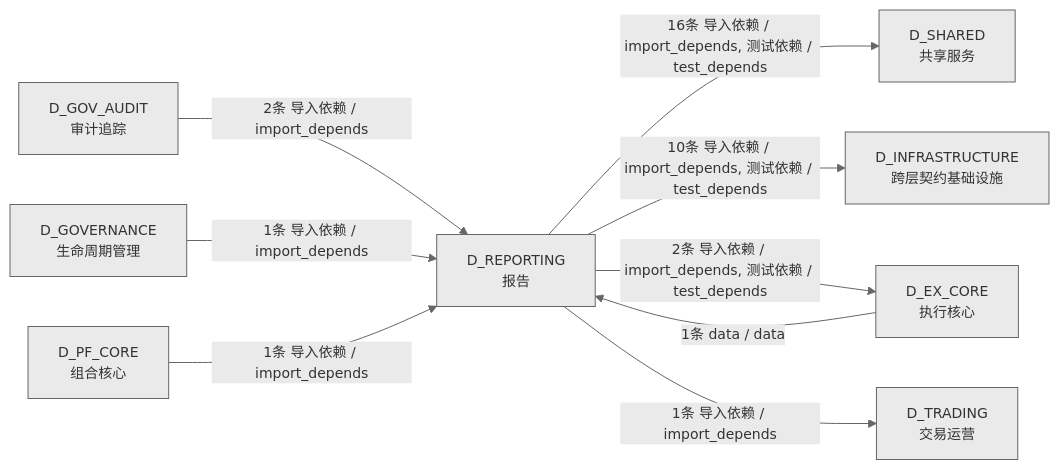
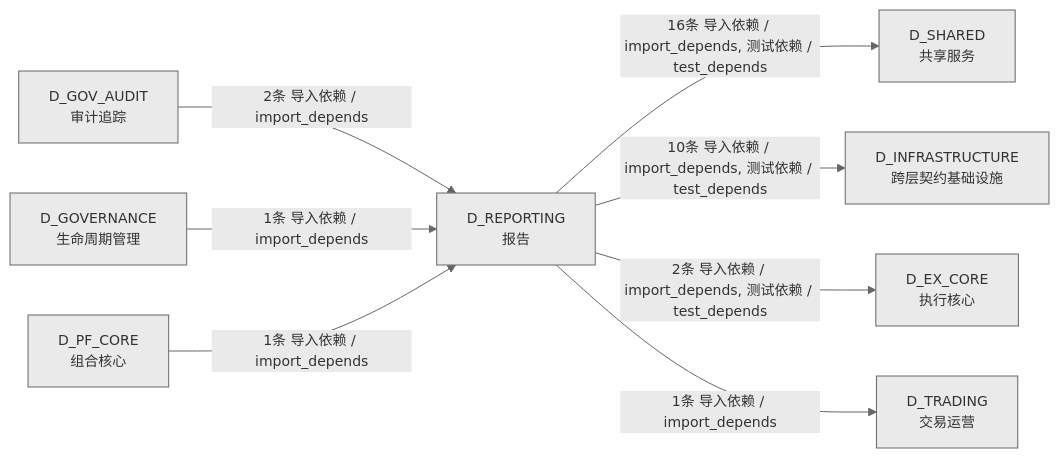
One commit to xuanFelixVan/ZephyrAlpha changed the fourth of 4 diagrams in docs/02_enterprise_architecture/02_domain_architecture_docs/26_d_reporting.md. Above: the diagram before and after it, drawn with Mermaid. The commit also changed other lines of this file and 9 other files, not shown here.

````diff
--- a/docs/02_enterprise_architecture/02_domain_architecture_docs/26_d_reporting.md
+++ b/docs/02_enterprise_architecture/02_domain_architecture_docs/26_d_reporting.md
@@ -276,20 +272,19 @@
 ```mermaid
 %%{init: {'theme': 'base', 'themeVariables': {'primaryColor': '#eaeaea', 'primaryTextColor': '#333333', 'primaryBorderColor': '#666666', 'lineColor': '#666666', 'secondaryColor': '#eaeaea', 'tertiaryColor': '#eaeaea', 'fontSize': '14px'}}}%%
 graph LR
     D_REPORTING["D_REPORTING<br/>报告"]
     D_SHARED["D_SHARED<br/>共享服务"]
     D_INFRASTRUCTURE["D_INFRASTRUCTURE<br/>跨层契约基础设施"]
     D_EX_CORE["D_EX_CORE<br/>执行核心"]
     D_TRADING["D_TRADING<br/>交易运营"]
     D_GOV_AUDIT["D_GOV_AUDIT<br/>审计追踪"]
     D_GOVERNANCE["D_GOVERNANCE<br/>生命周期管理"]
     D_PF_CORE["D_PF_CORE<br/>组合核心"]
     D_REPORTING -->|16条 导入依赖 / import_depends, 测试依赖 / test_depends| D_SHARED
     D_REPORTING -->|10条 导入依赖 / import_depends, 测试依赖 / test_depends| D_INFRASTRUCTURE
     D_REPORTING -->|2条 导入依赖 / import_depends, 测试依赖 / test_depends| D_EX_CORE
     D_REPORTING -->|1条 导入依赖 / import_depends| D_TRADING
     D_GOV_AUDIT -->|2条 导入依赖 / import_depends| D_REPORTING
-    D_EX_CORE -->|1条 data / data| D_REPORTING
     D_GOVERNANCE -->|1条 导入依赖 / import_depends| D_REPORTING
     D_PF_CORE -->|1条 导入依赖 / import_depends| D_REPORTING
 ```
````
